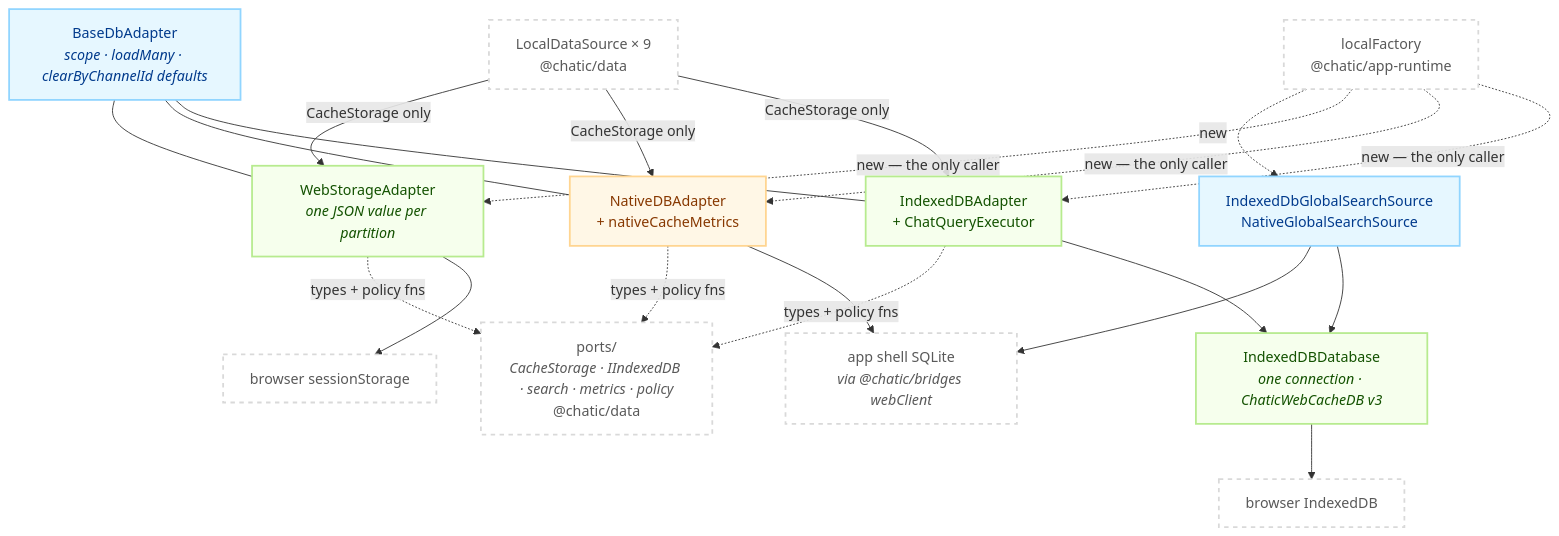
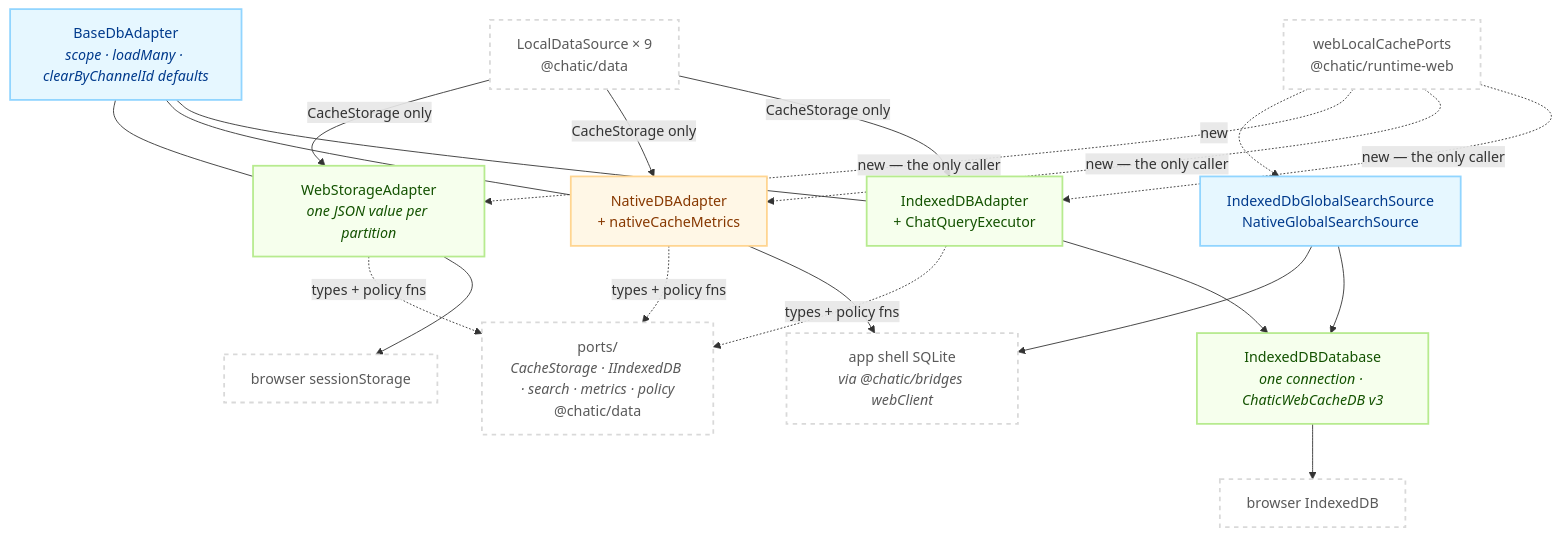
One commit to lemoncloud-io/dou-app changed the first of 2 diagrams in libs/db/README.md. Above: the diagram before and after it, drawn with Mermaid. The commit also changed other lines of this file and 70 other files, not shown here.

First line of the commit message:
refactor(data,runtime-web,app-runtime): open the local cache backend as a platform port

````diff
--- a/libs/db/README.md
+++ b/libs/db/README.md
@@ -82,42 +83,42 @@
 ```mermaid
 flowchart TD
     classDef eng fill:#e6f7ff,stroke:#91d5ff,stroke-width:2px,color:#003a8c;
     classDef web fill:#f6ffed,stroke:#b7eb8f,stroke-width:2px,color:#135200;
     classDef nat fill:#fff7e6,stroke:#ffd591,stroke-width:2px,color:#873800;
     classDef ext fill:#ffffff,stroke:#d9d9d9,stroke-width:2px,color:#595959,stroke-dasharray: 5 5;
 
     DS["LocalDataSource × 9<br/>@chatic/data"]:::ext
-    LF["localFactory<br/>@chatic/app-runtime"]:::ext
+    LF["webLocalCachePorts<br/>@chatic/runtime-web"]:::ext
     Ports["ports/<br/><i>CacheStorage · IIndexedDB · search · metrics · policy</i><br/>@chatic/data"]:::ext
 
     Base["BaseDbAdapter<br/><i>scope · loadMany · clearByChannelId defaults</i>"]:::eng
     IDB["IndexedDBAdapter<br/>+ ChatQueryExecutor"]:::web
     NDB["NativeDBAdapter<br/>+ nativeCacheMetrics"]:::nat
     WSA["WebStorageAdapter<br/><i>one JSON value per partition</i>"]:::web
     Conn["IndexedDBDatabase<br/><i>one connection · ChaticWebCacheDB v3</i>"]:::web
     Search["IndexedDbGlobalSearchSource<br/>NativeGlobalSearchSource"]:::eng
 
     Browser["browser IndexedDB"]:::ext
     Shell["app shell SQLite<br/><i>via @chatic/bridges webClient</i>"]:::ext
     Session["browser sessionStorage"]:::ext
 
     DS -->|"CacheStorage only"| IDB
     DS -->|"CacheStorage only"| NDB
     DS -->|"CacheStorage only"| WSA
     LF -.->|"new — the only caller"| IDB
     LF -.->|"new — the only caller"| NDB
     LF -.->|"new — the only caller"| WSA
     LF -.->|"new"| Search
     Base --- IDB
     Base --- NDB
     Base --- WSA
     WSA --> Session
     IDB --> Conn
     Conn --> Browser
     NDB --> Shell
     Search --> Conn
     Search --> Shell
     IDB -.->|"types + policy fns"| Ports
     NDB -.->|"types + policy fns"| Ports
     WSA -.->|"types + policy fns"| Ports
 ```
````
